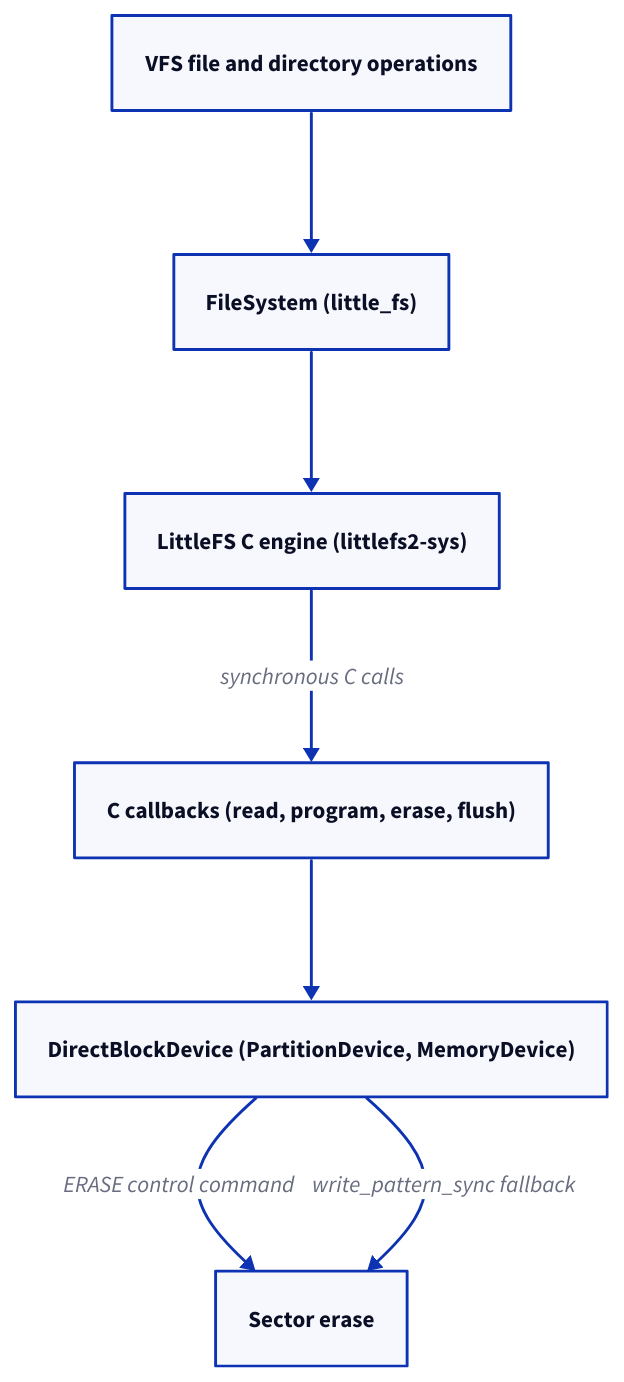
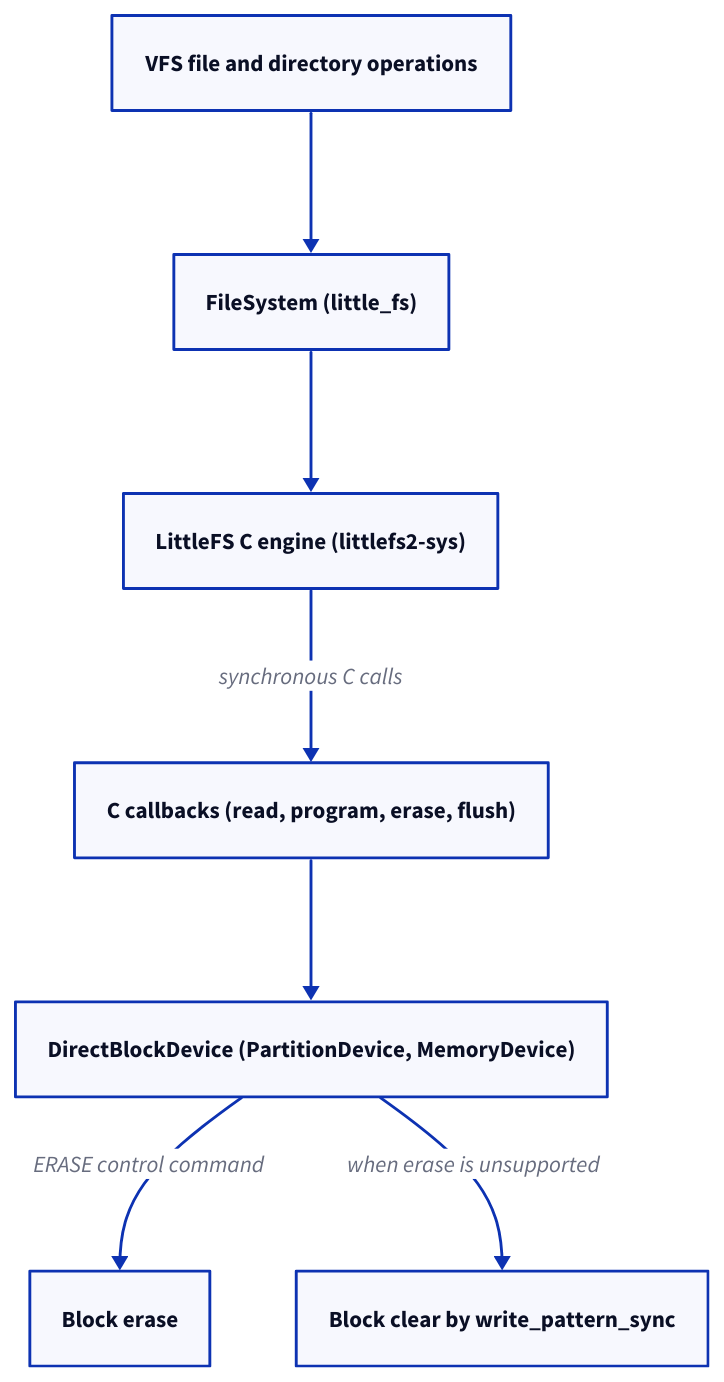
Before and after one commit to xila-project/website: the diagram in src/content/docs/explanation/architecture/libraries/little_fs.mdx, drawn with D2. The commit also changed 6 other files, not shown here.

First line of the commit message:
docs(diagrams): apply the review findings to the libraries diagrams

````diff
--- a/src/content/docs/explanation/architecture/libraries/little_fs.mdx
+++ b/src/content/docs/explanation/architecture/libraries/little_fs.mdx
@@ -51,15 +51,16 @@
 ```d2 title="LittleFS callbacks to the block device"
 direction: down
 app: VFS file and directory operations { class: io }
 fs: FileSystem (little_fs) { class: focus }
 engine: LittleFS C engine (littlefs2-sys) { class: component }
 callbacks: C callbacks (read, program, erase, flush) { class: component }
-device: DirectBlockDevice (PartitionDevice, MemoryDevice) { class: hardware }
-erase: Sector erase { class: component }
+device: DirectBlockDevice (PartitionDevice, MemoryDevice) { class: component }
+erase: Block erase { class: component }
+clear: Block clear by write_pattern_sync { class: component }
 app -> fs
 fs -> engine
 engine -> callbacks: synchronous C calls
 callbacks -> device
 device -> erase: ERASE control command
-device -> erase: write_pattern_sync fallback { class: optional }
+device -> clear: when erase is unsupported { class: optional }
 ```
````
